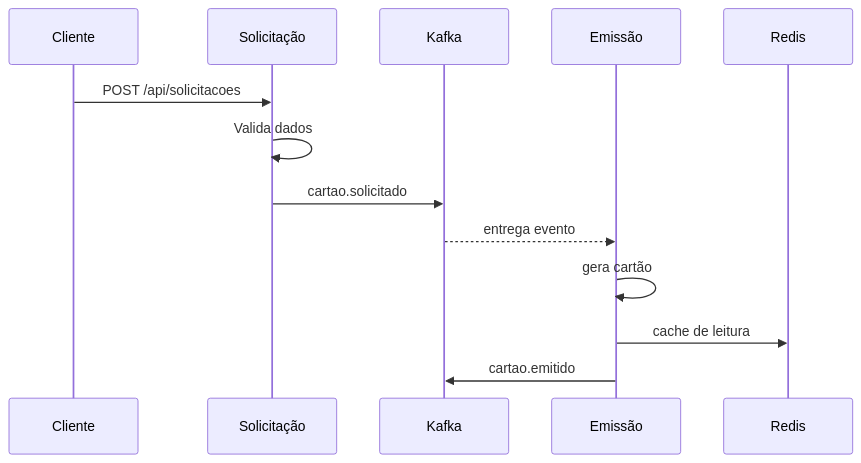
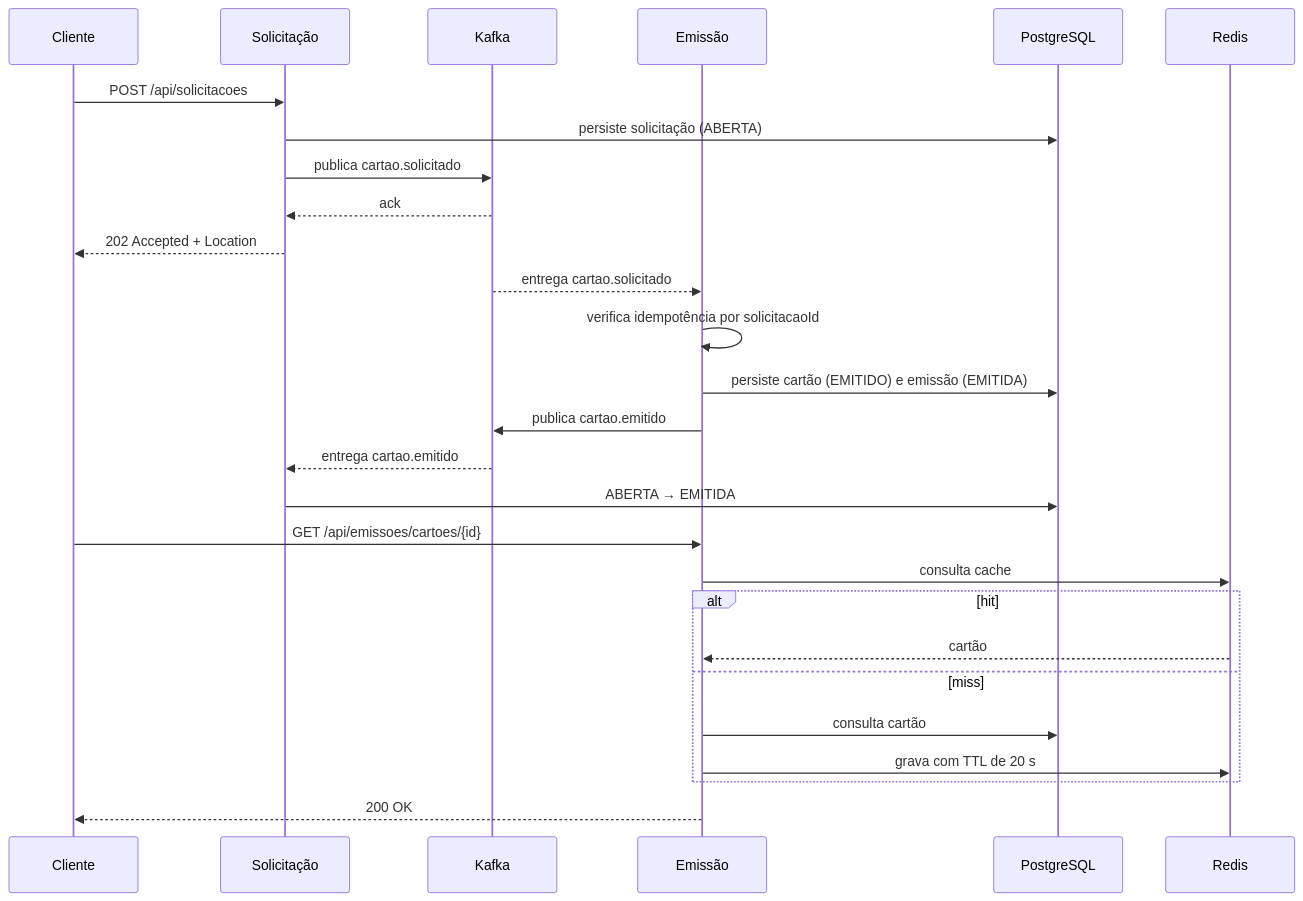
Before and after one commit to projeto-caixa-ada/gerador-cartao: the diagram in docs/arquitetura.md, drawn with Mermaid. The commit also changed other lines of this file and 9 other files, not shown here.

Commit message:
docs: Update documentation for card issuance system, including architectural overview, event flow, and resilience strategies

````diff
--- a/docs/arquitetura.md
+++ b/docs/arquitetura.md
@@ -45,16 +87,33 @@
 ```mermaid
 sequenceDiagram
-    participant Client as Cliente
-    participant Sol as Solicitação
-    participant Kafka as Kafka
-    participant Emi as Emissão
-    participant Redis as Redis
+    participant C as Cliente
+    participant S as Solicitação
+    participant K as Kafka
+    participant E as Emissão
+    participant DB as PostgreSQL
+    participant R as Redis
 
-    Client->>Sol: POST /api/solicitacoes
-    Sol->>Sol: Valida dados
-    Sol->>Kafka: cartao.solicitado
-    Kafka-->>Emi: entrega evento
-    Emi->>Emi: gera cartão
-    Emi->>Redis: cache de leitura
-    Emi->>Kafka: cartao.emitido
+    C->>S: POST /api/solicitacoes
+    S->>DB: persiste solicitação (ABERTA)
+    S->>K: publica cartao.solicitado
+    K-->>S: ack
+    S-->>C: 202 Accepted + Location
+
+    K-->>E: entrega cartao.solicitado
+    E->>E: verifica idempotência por solicitacaoId
+    E->>DB: persiste cartão (EMITIDO) e emissão (EMITIDA)
+    E->>K: publica cartao.emitido
+
+    K-->>S: entrega cartao.emitido
+    S->>DB: ABERTA → EMITIDA
+
+    C->>E: GET /api/emissoes/cartoes/{id}
+    E->>R: consulta cache
+    alt hit
+        R-->>E: cartão
+    else miss
+        E->>DB: consulta cartão
+        E->>R: grava com TTL de 20 s
+    end
+    E-->>C: 200 OK
 ```
````
